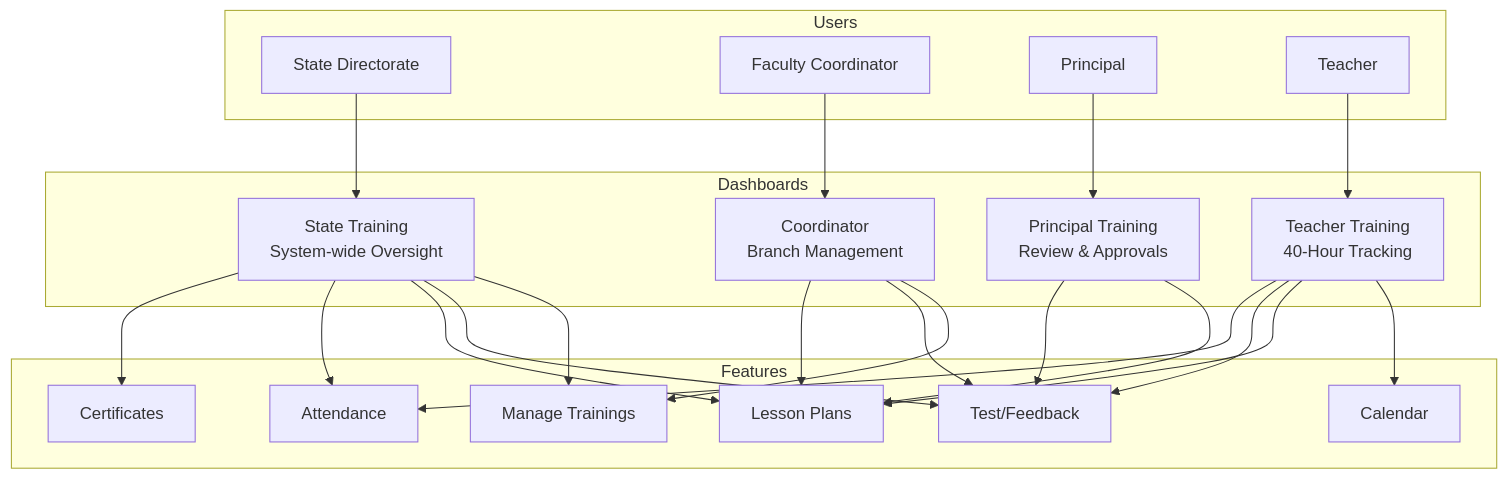
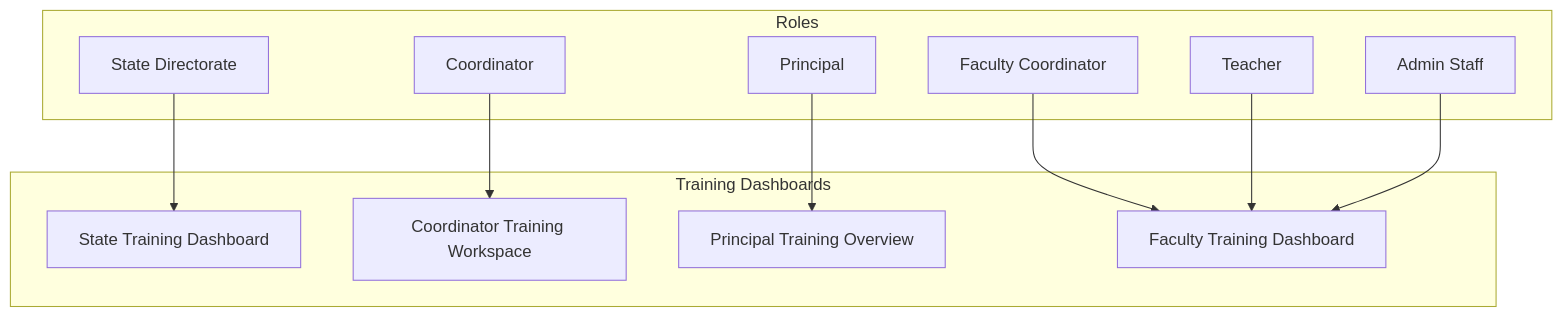
The first of 27 diagrams in TRAINING_CALENDAR_FLOW_DIAGRAMS.md (gunjangupta-gh/placeintern), drawn with Mermaid before and after one commit. The commit also changed other lines of this file and 1 other file, not shown here.

Commit message:
feat: add timezone handling for attendance date resolution in TrainingAttendanceService

````diff
--- a/TRAINING_CALENDAR_FLOW_DIAGRAMS.md
+++ b/TRAINING_CALENDAR_FLOW_DIAGRAMS.md
@@ -6,31 +8,25 @@
 ```mermaid
 flowchart TD
-    subgraph U["Users"]
+    subgraph U[Roles]
         SD[State Directorate]
+        CO[Coordinator]
+        PR[Principal]
         FC[Faculty Coordinator]
-        PR[Principal]
         TE[Teacher]
+        AS[Admin Staff]
     end
-    subgraph D["Dashboards"]
-        SDD["State Training<br/>System-wide Oversight"]
-        FCD["Coordinator<br/>Branch Management"]
-        PRD["Principal Training<br/>Review & Approvals"]
-        TED["Teacher Training<br/>40-Hour Tracking"]
+
+    subgraph D[Training Dashboards]
+        SDD[State Training Dashboard]
+        COD[Coordinator Training Workspace]
+        PRD[Principal Training Overview]
+        FTD[Faculty Training Dashboard]
     end
-    subgraph F["Features"]
-        MG[Manage Trainings]
-        CA[Calendar]
-        FM[Test/Feedback]
-        LP[Lesson Plans]
-        AT[Attendance]
-        CT[Certificates]
-    end
-    SD-->SDD
-    FC-->FCD
-    PR-->PRD
-    TE-->TED
-    SDD-->MG & FM & LP & AT & CT
-    FCD-->MG & FM & LP
-    PRD-->LP & FM
-    TED-->CA & LP & FM & AT
+
+    SD --> SDD
+    CO --> COD
+    PR --> PRD
+    FC --> FTD
+    TE --> FTD
+    AS --> FTD
 ```
````
